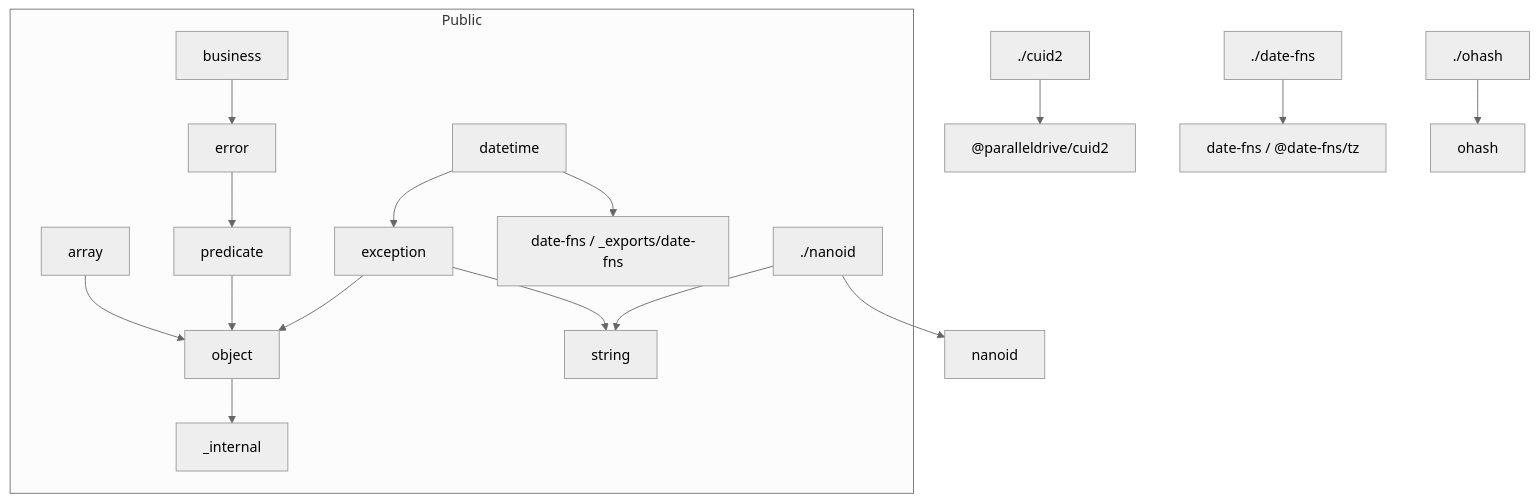
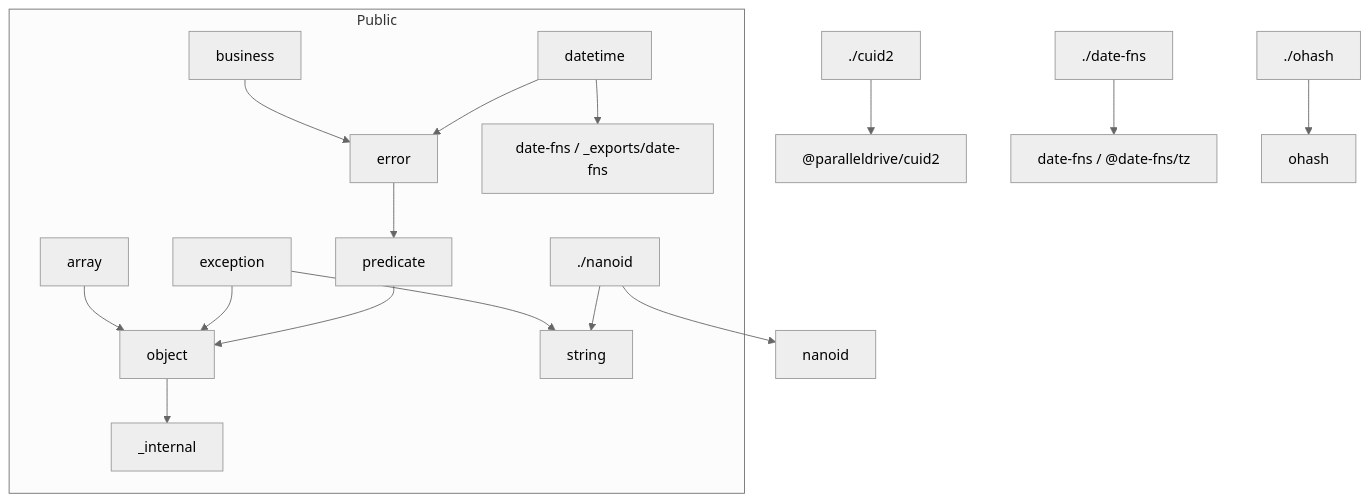
The diagram in .agents/docs/architecture.md (bingtsingw/xstools-open), drawn with Mermaid (neutral theme) before and after one commit. The commit also changed other lines of this file and 4 other files, not shown here.

````diff
--- a/.agents/docs/architecture.md
+++ b/.agents/docs/architecture.md
@@ -62,20 +62,20 @@
 ```mermaid
 flowchart TB
   subgraph public [Public]
     array --> object
     business --> error
-    datetime --> exception
+    datetime --> error
     datetime --> date_fns_src["date-fns / _exports/date-fns"]
     exception --> object
     exception --> string
     error --> predicate
     predicate --> object
     object --> internal["_internal"]
     nanoid_exp["./nanoid"] --> string
   end
 
   cuid2_exp["./cuid2"] --> cuid2lib["@paralleldrive/cuid2"]
   date_fns_exp["./date-fns"] --> datefns["date-fns / @date-fns/tz"]
   nanoid_exp --> nanoidlib[nanoid]
   ohash_exp["./ohash"] --> ohashlib[ohash]
 ```
````
